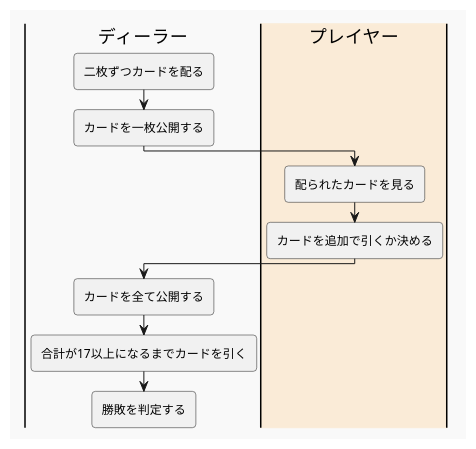
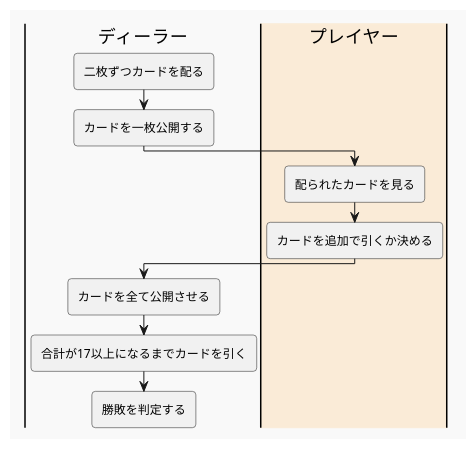
The diagram in lecture/src/uml/business-flow.puml (KazukiOtomo/sample), drawn with PlantUML before and after one commit. The commit also changed 8 other files, not shown here.

```diff
--- a/lecture/src/uml/business-flow.puml
+++ b/lecture/src/uml/business-flow.puml
@@ -1,18 +1,18 @@
 @startuml
 'https://plantuml.com/ja/activity-diagram-beta
 
 !theme mars
 skinparam defaultFontName Cica
 
 |ディーラー|
 :二枚ずつカードを配る;
 :カードを一枚公開する;
 |#AntiqueWhite|プレイヤー|
 :配られたカードを見る;
 :カードを追加で引くか決める;
 |ディーラー|
-:カードを全て公開する;
+:カードを全て公開させる;
 :合計が17以上になるまでカードを引く;
 :勝敗を判定する;
 
 @enduml
```
